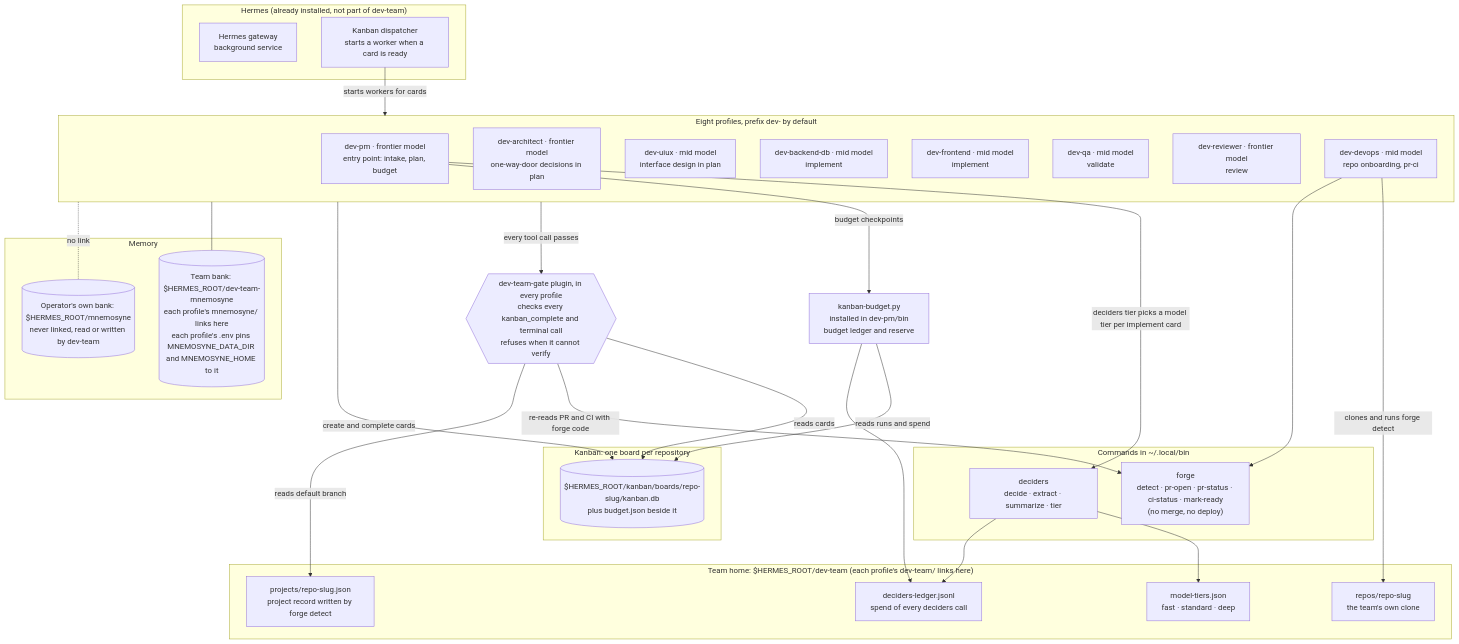
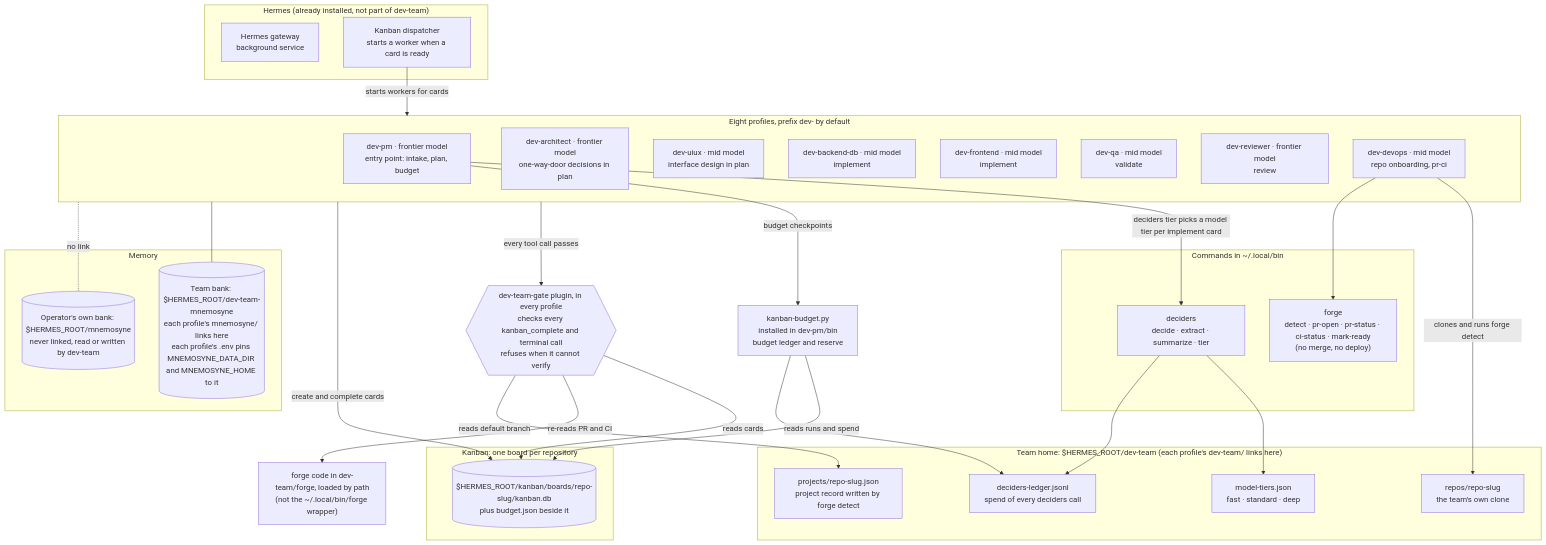
One commit to bogdandragosaccesa/mnemosyne-hermes-installers changed the first of 2 diagrams in docs/how-the-dev-team-works.md. Above: the diagram before and after it, drawn with Mermaid. The commit also changed other lines of this file, not shown here.

First line of the commit message:
docs: fix 4 QA findings in how-the-dev-team-works.md

````diff
--- a/docs/how-the-dev-team-works.md
+++ b/docs/how-the-dev-team-works.md
@@ -25,60 +25,62 @@
 ```mermaid
 flowchart TB
     subgraph HERMES["Hermes (already installed, not part of dev-team)"]
         GW["Hermes gateway<br/>background service"]
         DISP["Kanban dispatcher<br/>starts a worker when a card is ready"]
     end
 
     subgraph PROFILES["Eight profiles, prefix dev- by default"]
         PM["dev-pm · frontier model<br/>entry point: intake, plan, budget"]
         ARCH["dev-architect · frontier model<br/>one-way-door decisions in plan"]
         UX["dev-uiux · mid model<br/>interface design in plan"]
         BE["dev-backend-db · mid model<br/>implement"]
         FE["dev-frontend · mid model<br/>implement"]
         QA["dev-qa · mid model<br/>validate"]
         REV["dev-reviewer · frontier model<br/>review"]
         OPS["dev-devops · mid model<br/>repo onboarding, pr-ci"]
     end
 
     GATE{{"dev-team-gate plugin, in every profile<br/>checks every kanban_complete and terminal call<br/>refuses when it cannot verify"}}
 
     subgraph BOARDS["Kanban: one board per repository"]
         BOARD[("$HERMES_ROOT/kanban/boards/repo-slug/kanban.db<br/>plus budget.json beside it")]
     end
 
     subgraph BIN["Commands in ~/.local/bin"]
         FORGE["forge<br/>detect · pr-open · pr-status · ci-status · mark-ready<br/>(no merge, no deploy)"]
         DEC["deciders<br/>decide · extract · summarize · tier"]
     end
 
     subgraph TEAMHOME["Team home: $HERMES_ROOT/dev-team (each profile's dev-team/ links here)"]
         REPOS["repos/repo-slug<br/>the team's own clone"]
         PROJ["projects/repo-slug.json<br/>project record written by forge detect"]
         TIERS["model-tiers.json<br/>fast · standard · deep"]
         DLEDGER["deciders-ledger.jsonl<br/>spend of every deciders call"]
     end
 
+    FORGECODE["forge code in dev-team/forge, loaded by path<br/>(not the ~/.local/bin/forge wrapper)"]
+
     BUDGET["kanban-budget.py<br/>installed in dev-pm/bin<br/>budget ledger and reserve"]
 
     subgraph MEM["Memory"]
         TEAMBANK[("Team bank: $HERMES_ROOT/dev-team-mnemosyne<br/>each profile's mnemosyne/ links here<br/>each profile's .env pins MNEMOSYNE_DATA_DIR and MNEMOSYNE_HOME to it")]
         OPBANK[("Operator's own bank: $HERMES_ROOT/mnemosyne<br/>never linked, read or written by dev-team")]
     end
 
     DISP -- "starts workers for cards" --> PROFILES
     PROFILES -- "every tool call passes" --> GATE
     GATE -- "reads cards" --> BOARD
-    GATE -- "re-reads PR and CI with forge code" --> FORGE
+    GATE -- "re-reads PR and CI" --> FORGECODE
     GATE -- "reads default branch" --> PROJ
     PROFILES -- "create and complete cards" --> BOARD
     OPS -- "clones and runs forge detect" --> REPOS
     OPS --> FORGE
     PM -- "deciders tier picks a model tier per implement card" --> DEC
     DEC --> TIERS
     DEC --> DLEDGER
     PM -- "budget checkpoints" --> BUDGET
     BUDGET -- "reads runs and spend" --> BOARD
     BUDGET --> DLEDGER
     PROFILES --- TEAMBANK
     PROFILES -. "no link" .- OPBANK
 ```
````
